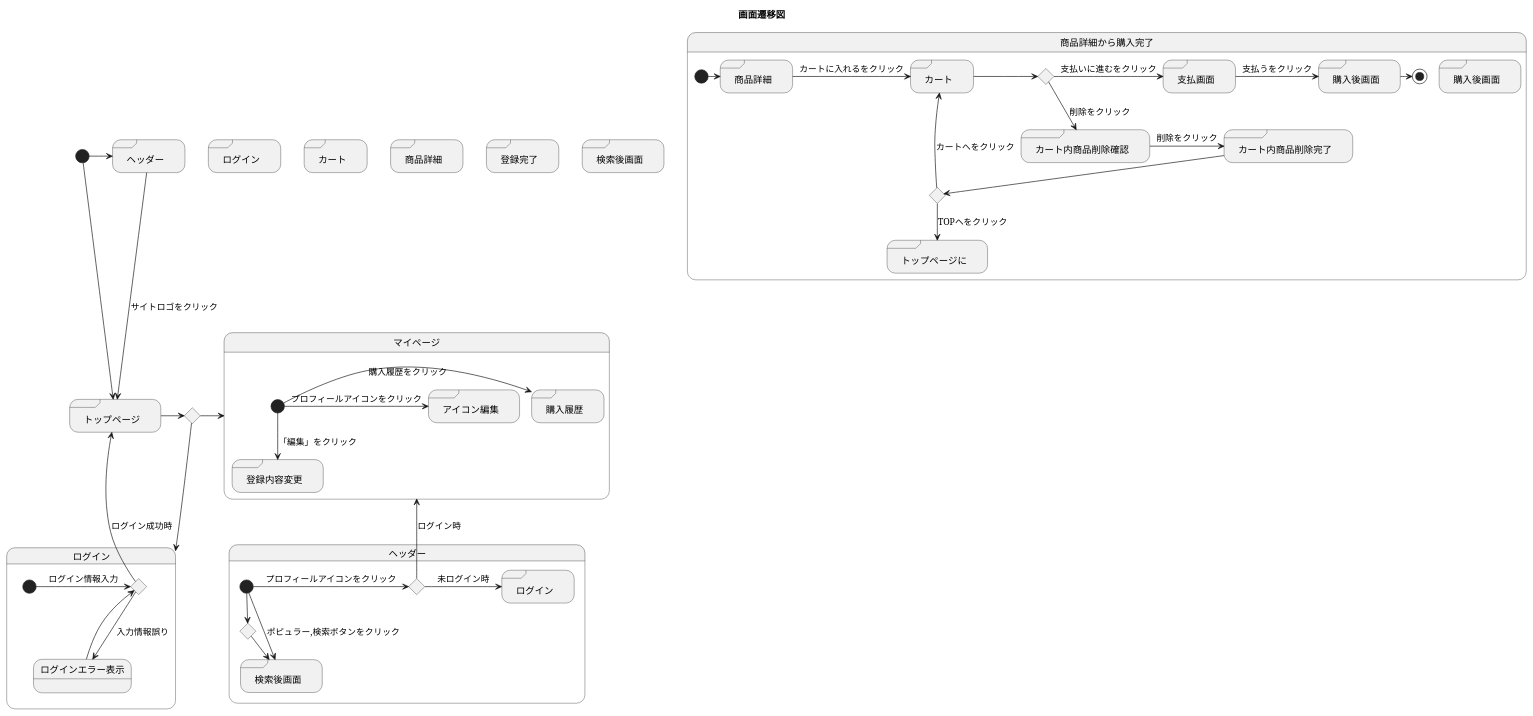
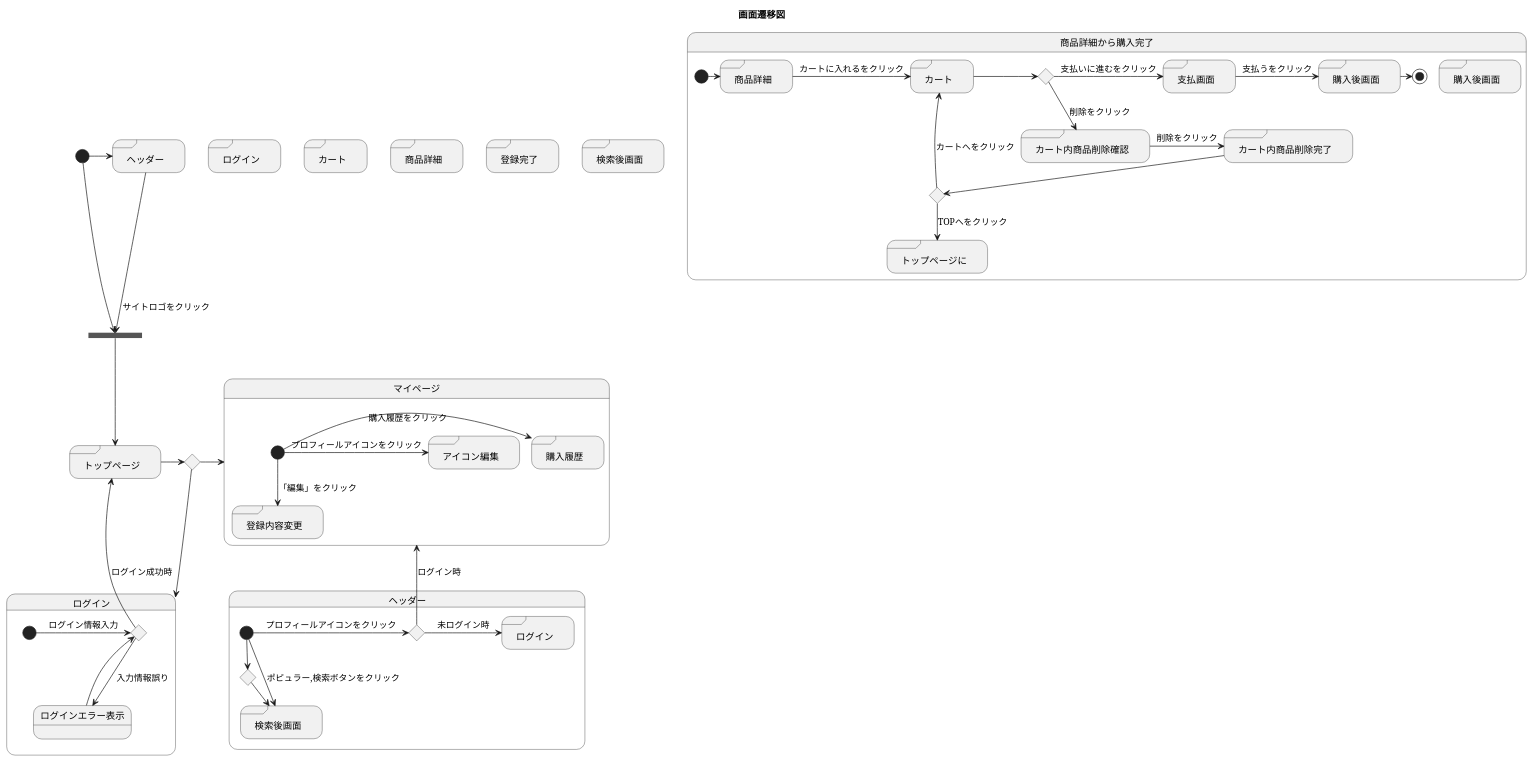
One commit to akutori/T-D-E changed the diagram in UML.md. Above: the diagram before and after it, drawn with PlantUML.

Commit message:
join追加

```diff
--- a/UML.md
+++ b/UML.md
@@ -2,6 +2,7 @@
 @startuml
 title 画面遷移図
 state ifmain <<choice>>
+state joinmain <<join>>
 state "ログイン" as login <<sdlreceive>>
 state "カート" as cart <<sdlreceive>>
 state "商品詳細" as detail <<sdlreceive>>
@@ -12,9 +13,11 @@
 
 
 
-[*]-->main
+[*]-->joinmain
 [*]->headder
-headder->main : サイトロゴをクリック
+
+headder->joinmain : サイトロゴをクリック
+joinmain --> main
 main -> ifmain
 ifmain -> マイページ
 ifmain --> ログイン
```
